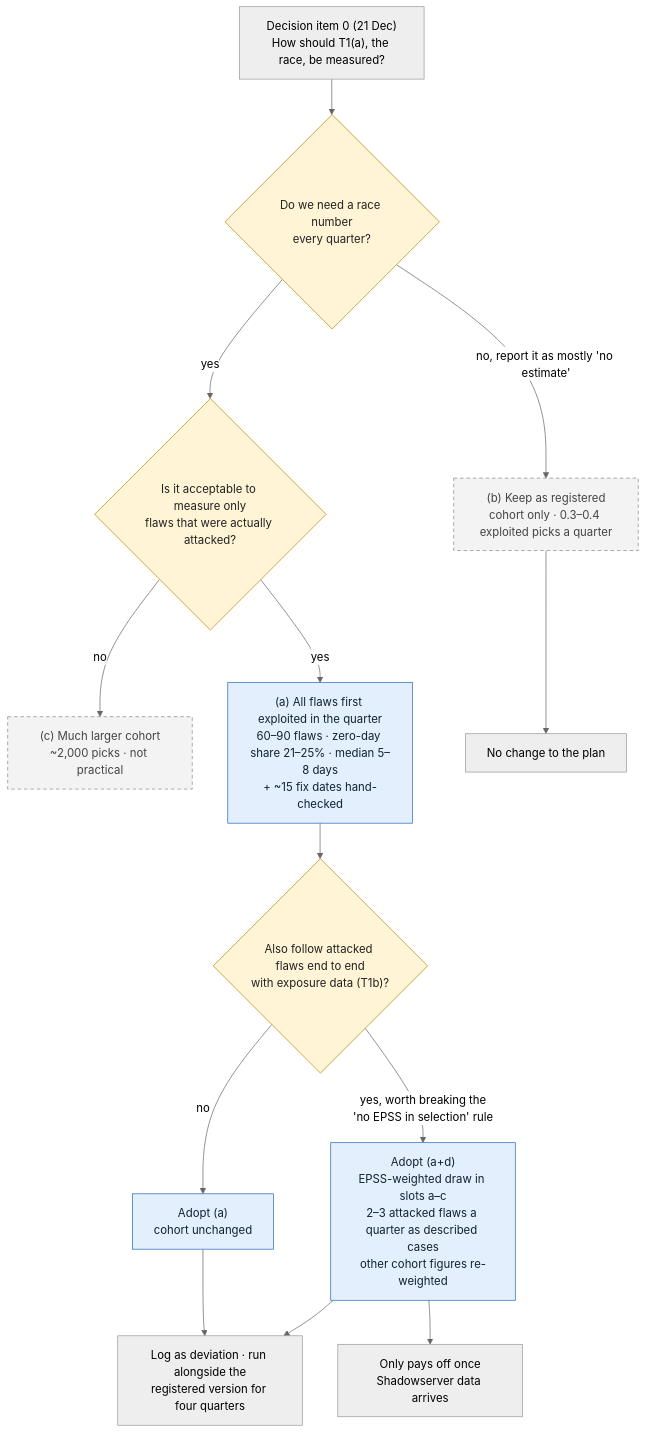
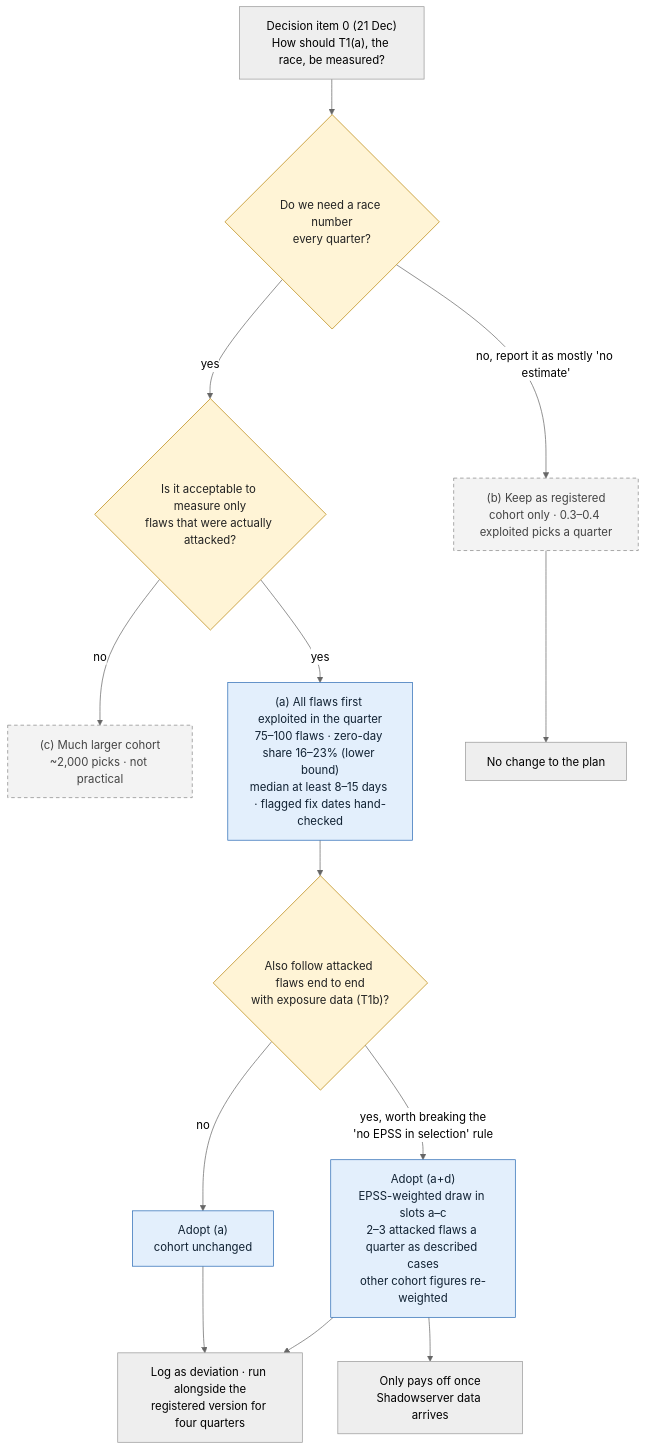
One commit to pagagne/internet-security-snapshot changed the diagram in docs/diagrams/t1_decision.mmd. Above: the diagram before and after it, drawn with Mermaid (neutral theme). The commit also changed 3 other files, not shown here.

First line of the commit message:
Diagrams: corrected option (a) figures and fix-date wording

```diff
--- a/docs/diagrams/t1_decision.mmd
+++ b/docs/diagrams/t1_decision.mmd
@@ -1,21 +1,21 @@
 flowchart TD
   Q["Decision item 0 (21 Dec)<br/>How should T1(a), the race, be measured?"]
   Q --> A1{"Do we need a race number<br/>every quarter?"}
   A1 -- "no, report it as mostly 'no estimate'" --> B["(b) Keep as registered<br/>cohort only · 0.3–0.4 exploited picks a quarter"]
   A1 -- yes --> A2{"Is it acceptable to measure only<br/>flaws that were actually attacked?"}
   A2 -- no --> C["(c) Much larger cohort<br/>~2,000 picks · not practical"]
-  A2 -- yes --> A["(a) All flaws first exploited in the quarter<br/>60–90 flaws · zero-day share 21–25% · median 5–8 days<br/>+ ~15 fix dates hand-checked"]
+  A2 -- yes --> A["(a) All flaws first exploited in the quarter<br/>75–100 flaws · zero-day share 16–23% (lower bound)<br/>median at least 8–15 days · flagged fix dates hand-checked"]
   A --> A3{"Also follow attacked flaws end to end<br/>with exposure data (T1b)?"}
   A3 -- "no" --> AFIN["Adopt (a)<br/>cohort unchanged"]
   A3 -- "yes, worth breaking the<br/>'no EPSS in selection' rule" --> AD["Adopt (a+d)<br/>EPSS-weighted draw in slots a–c<br/>2–3 attacked flaws a quarter as described cases<br/>other cohort figures re-weighted"]
   AD --> W["Only pays off once<br/>Shadowserver data arrives"]
   AFIN --> LOG["Log as deviation · run alongside the<br/>registered version for four quarters"]
   AD --> LOG
   B --> LOG2["No change to the plan"]
 
   classDef dec fill:#fff4d6,stroke:#b8860b,color:#222
   classDef out fill:#e3effc,stroke:#2a6bb5,color:#123
   classDef weak fill:#f3f3f3,stroke:#888,stroke-dasharray:5 4,color:#444
   class A1,A2,A3 dec
   class AFIN,AD,A out
   class B,C weak
```
